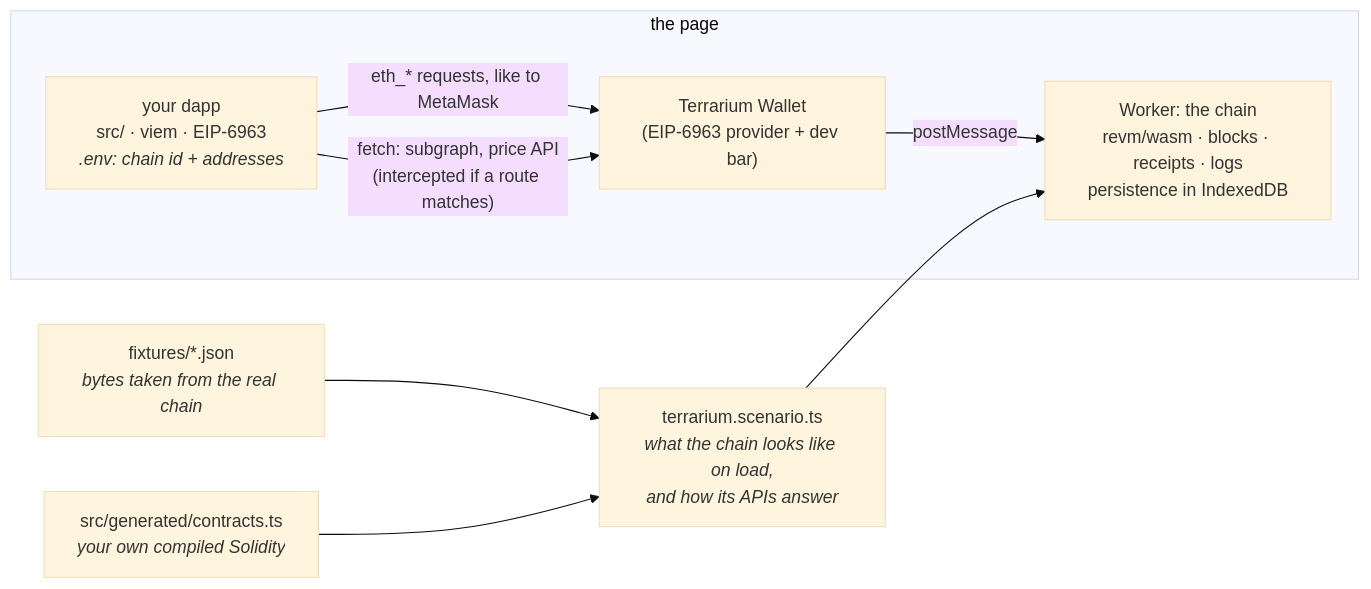
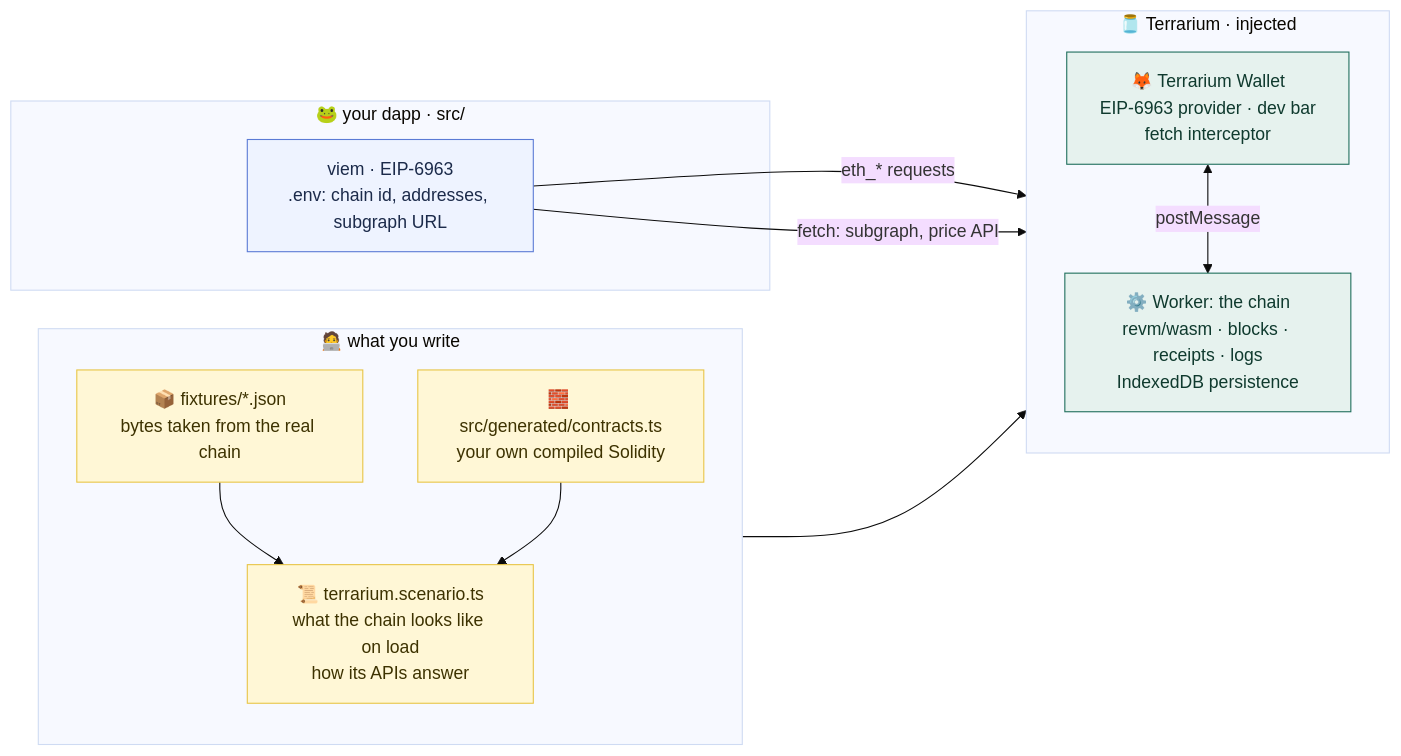
The first of 2 diagrams in docs/tutorial-new-protocol.md (damarnez/terrarium), drawn with Mermaid (base theme) before and after one commit. The commit also changed other lines of this file and 5 other files, not shown here.

````diff
--- a/docs/tutorial-new-protocol.md
+++ b/docs/tutorial-new-protocol.md
@@ -22,14 +22,29 @@
 ```mermaid
 flowchart LR
-  subgraph page["the page"]
-    dapp["your dapp<br/>src/ · viem · EIP-6963<br/><i>.env: chain id + addresses</i>"]
-    inject["Terrarium Wallet<br/>(EIP-6963 provider + dev bar)"]
-    worker["Worker: the chain<br/>revm/wasm · blocks · receipts · logs<br/>persistence in IndexedDB"]
-    dapp -- "eth_* requests, like to MetaMask" --> inject
-    dapp -- "fetch: subgraph, price API<br/>(intercepted if a route matches)" --> inject
-    inject -- postMessage --> worker
+  subgraph dapp["🐸 your dapp · src/"]
+    ui["viem · EIP-6963<br/>.env: chain id, addresses, subgraph URL"]
   end
-  scenario["terrarium.scenario.ts<br/><i>what the chain looks like on load,<br/>and how its APIs answer</i>"] --> worker
-  fixtures["fixtures/*.json<br/><i>bytes taken from the real chain</i>"] --> scenario
-  generated["src/generated/contracts.ts<br/><i>your own compiled Solidity</i>"] --> scenario
+  subgraph you["🧑‍💻 what you write"]
+    direction TB
+    scen["📜 terrarium.scenario.ts<br/>what the chain looks like on load<br/>how its APIs answer"]
+    fix["📦 fixtures/*.json<br/>bytes taken from the real chain"]
+    gen["🧱 src/generated/contracts.ts<br/>your own compiled Solidity"]
+    fix --> scen
+    gen --> scen
+  end
+  subgraph terr["🫙 Terrarium · injected"]
+    direction TB
+    inject["🦊 Terrarium Wallet<br/>EIP-6963 provider · dev bar<br/>fetch interceptor"]
+    worker["⚙️ Worker: the chain<br/>revm/wasm · blocks · receipts · logs<br/>IndexedDB persistence"]
+    inject <-- "postMessage" --> worker
+  end
+  ui -- "eth_* requests" --> inject
+  ui -- "fetch: subgraph, price API" --> inject
+  scen --> worker
+  classDef dapp fill:#eef3ff,stroke:#5b7bd5,color:#1b2a4a
+  classDef you fill:#fff7d6,stroke:#e8c547,color:#3d3200
+  classDef terr fill:#e6f2ee,stroke:#1f6f5c,color:#0f3a2e
+  class ui dapp
+  class scen,fix,gen you
+  class inject,worker terr
 ```
````
